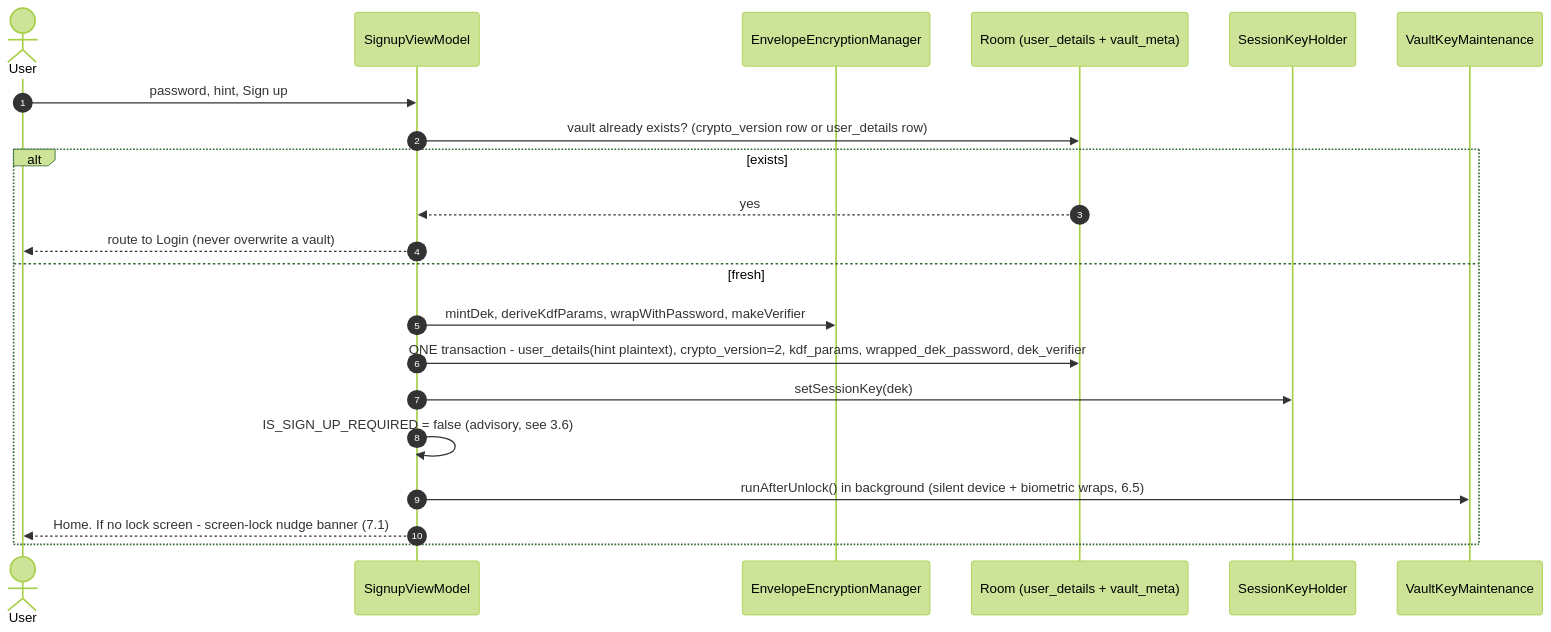
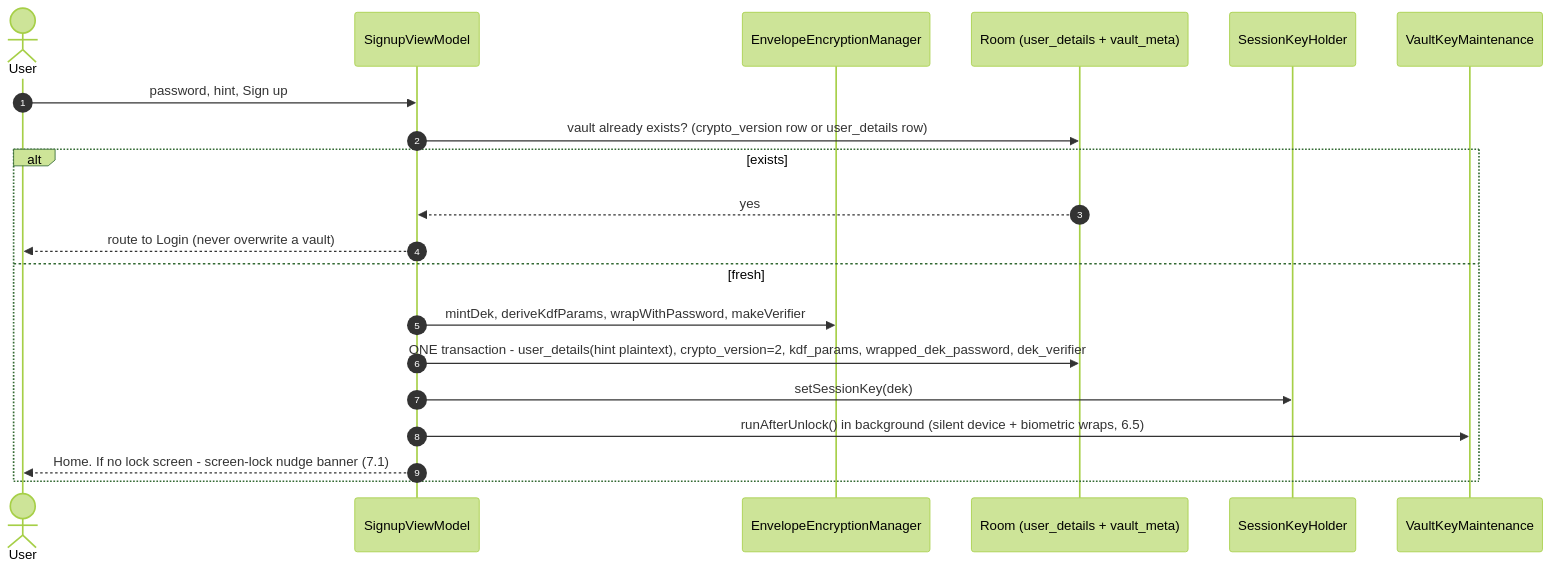
The fifth of 23 diagrams in docs/design/envelope-encryption.md (Ni3verma/Safe-Box), drawn with Mermaid (forest theme) before and after one commit. The commit also changed other lines of this file and 29 other files, not shown here.

````diff
--- a/docs/design/envelope-encryption.md
+++ b/docs/design/envelope-encryption.md
@@ -504,23 +506,22 @@
 ```mermaid
 sequenceDiagram
     autonumber
     actor U as User
     participant VM as SignupViewModel
     participant Env as EnvelopeEncryptionManager
     participant DB as Room (user_details + vault_meta)
     participant H as SessionKeyHolder
     participant M as VaultKeyMaintenance
     U->>VM: password, hint, Sign up
     VM->>DB: vault already exists? (crypto_version row or user_details row)
     alt exists
         DB-->>VM: yes
         VM-->>U: route to Login (never overwrite a vault)
     else fresh
         VM->>Env: mintDek, deriveKdfParams, wrapWithPassword, makeVerifier
         VM->>DB: ONE transaction - user_details(hint plaintext), crypto_version=2, kdf_params, wrapped_dek_password, dek_verifier
         VM->>H: setSessionKey(dek)
-        VM->>VM: IS_SIGN_UP_REQUIRED = false (advisory, see 3.6)
         VM->>M: runAfterUnlock() in background (silent device + biometric wraps, 6.5)
         VM-->>U: Home. If no lock screen - screen-lock nudge banner (7.1)
     end
 ```
````
